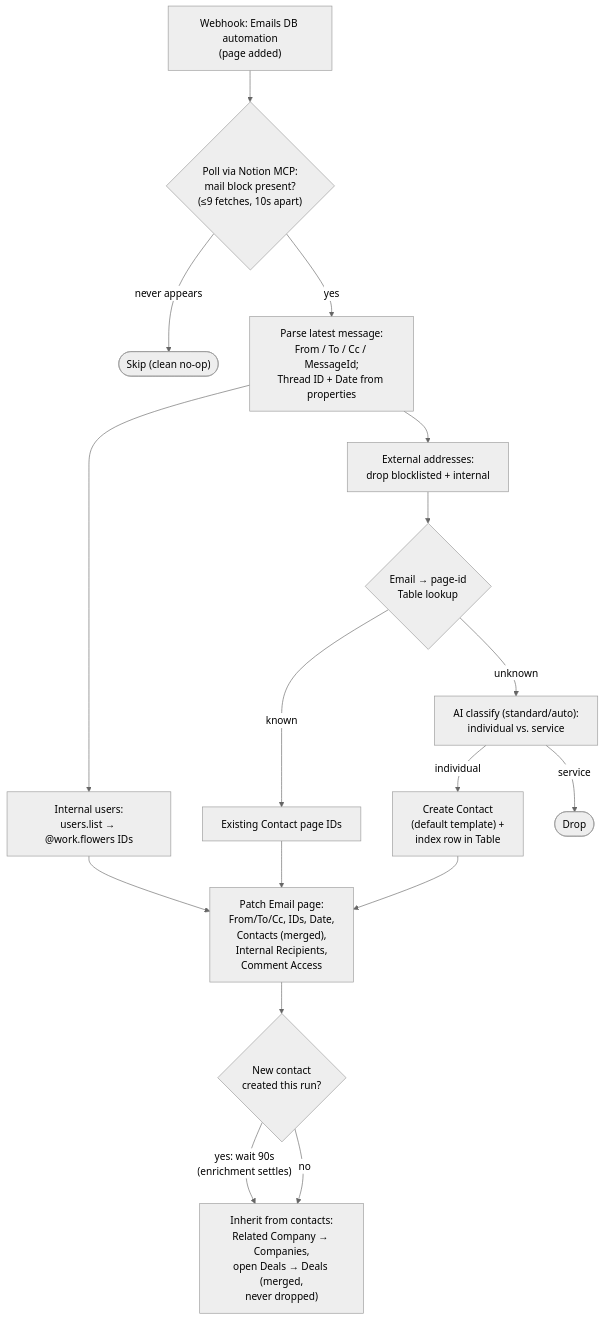
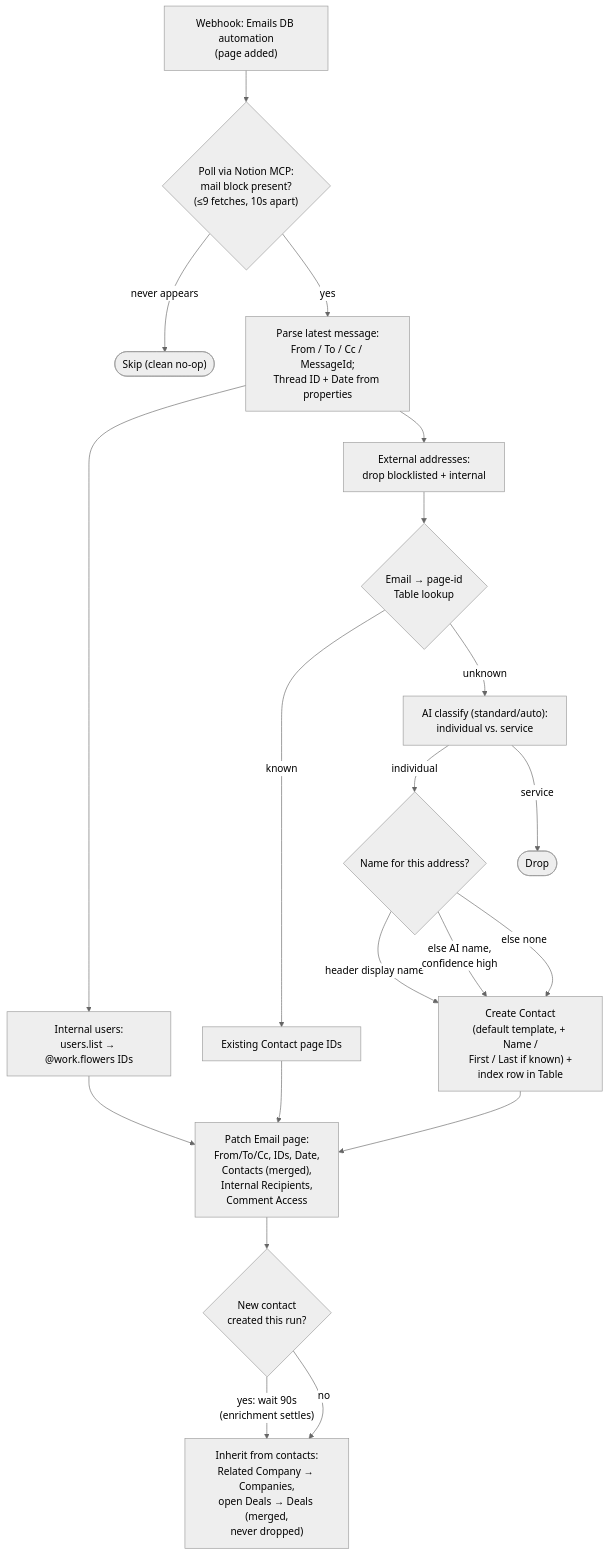
The diagram in email-db-updates/README.md (work-flowers/zapier-sdk), drawn with Mermaid (neutral theme) before and after one commit. The commit also changed other lines of this file and 4 other files, not shown here.

````diff
--- a/email-db-updates/README.md
+++ b/email-db-updates/README.md
@@ -20,19 +20,22 @@
 ```mermaid
 flowchart TD
     A["Webhook: Emails DB automation<br/>(page added)"] --> B{"Poll via Notion MCP:<br/>mail block present?<br/>(≤9 fetches, 10s apart)"}
     B -- "never appears" --> S(["Skip (clean no-op)"])
     B -- yes --> C["Parse latest message:<br/>From / To / Cc / MessageId;<br/>Thread ID + Date from properties"]
     C --> D["Internal users:<br/>users.list → @work.flowers IDs"]
     C --> E["External addresses:<br/>drop blocklisted + internal"]
     E --> F{"Email → page-id<br/>Table lookup"}
     F -- known --> G["Existing Contact page IDs"]
     F -- unknown --> H["AI classify (standard/auto):<br/>individual vs. service"]
-    H -- individual --> I["Create Contact<br/>(default template) +<br/>index row in Table"]
+    H -- individual --> N{"Name for this address?"}
+    N -- "header display name" --> I
+    N -- "else AI name,<br/>confidence high" --> I
+    N -- "else none" --> I["Create Contact<br/>(default template, + Name /<br/>First / Last if known) +<br/>index row in Table"]
     H -- service --> J(["Drop"])
     D --> K
     G --> K
     I --> K["Patch Email page:<br/>From/To/Cc, IDs, Date,<br/>Contacts (merged),<br/>Internal Recipients,<br/>Comment Access"]
     K --> L{"New contact<br/>created this run?"}
     L -- "yes: wait 90s<br/>(enrichment settles)" --> M
     L -- no --> M["Inherit from contacts:<br/>Related Company → Companies,<br/>open Deals → Deals (merged,<br/>never dropped)"]
 ```
````
